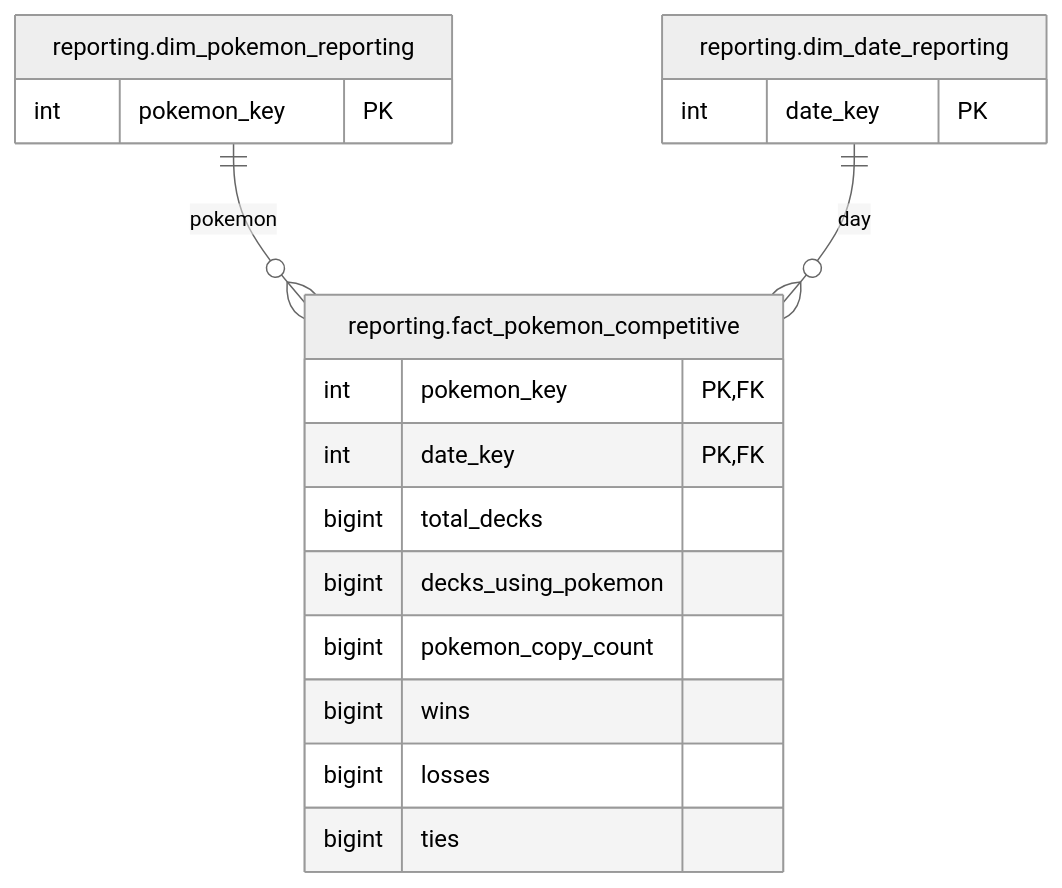
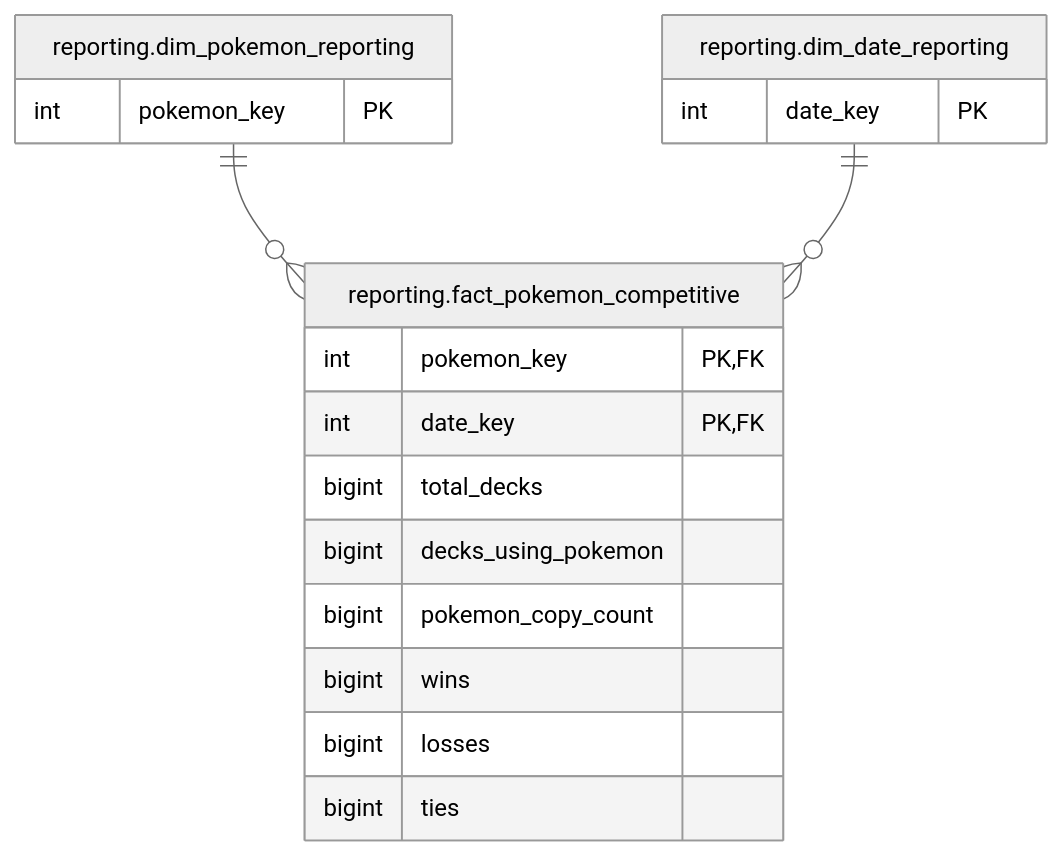
Before and after one commit to Jessyyyca/DVS: the fourth of 9 diagrams in Reporting-Layer.md, drawn with Mermaid (neutral theme). The commit also changed other lines of this file, not shown here.

Commit message:
chore: cleaned useless mermaid comments

````diff
--- a/Reporting-Layer.md
+++ b/Reporting-Layer.md
@@ -88,22 +88,22 @@
 ```mermaid
 erDiagram
     reporting.dim_pokemon_reporting {
         int pokemon_key PK
     }
     reporting.dim_date_reporting {
         int date_key PK
     }
     reporting.fact_pokemon_competitive {
         int pokemon_key PK,FK
         int date_key PK,FK
         bigint total_decks
         bigint decks_using_pokemon
         bigint pokemon_copy_count
         bigint wins
         bigint losses
         bigint ties
     }
 
-    reporting.dim_pokemon_reporting ||--o{ reporting.fact_pokemon_competitive : pokemon
-    reporting.dim_date_reporting ||--o{ reporting.fact_pokemon_competitive : day
+    reporting.dim_pokemon_reporting ||--o{ reporting.fact_pokemon_competitive : ""
+    reporting.dim_date_reporting ||--o{ reporting.fact_pokemon_competitive : ""
 ```
````
